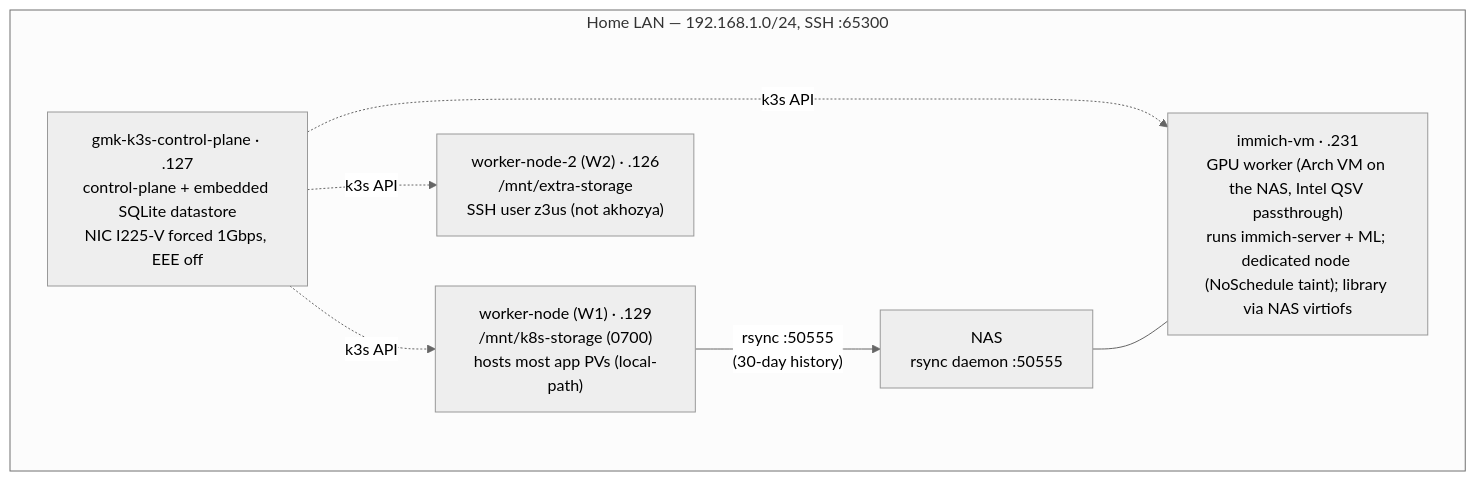
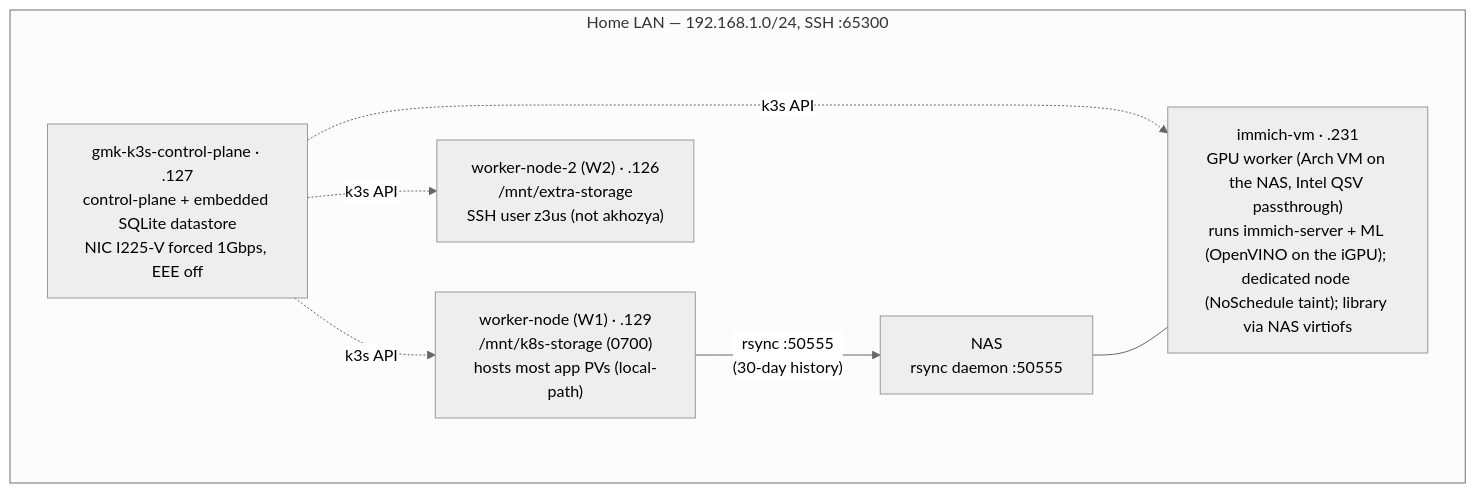
One commit to AKhozya/homelab changed the first of 4 diagrams in docs/ARCHITECTURE.md. Above: the diagram before and after it, drawn with Mermaid (neutral theme). The commit also changed 3 other files, not shown here.

Commit message:
docs: immich ML inference runs on the immich-vm iGPU via OpenVINO

````diff
--- a/docs/ARCHITECTURE.md
+++ b/docs/ARCHITECTURE.md
@@ -22,15 +22,15 @@
 ```mermaid
 flowchart TB
   subgraph LAN["Home LAN — 192.168.1.0/24, SSH :65300"]
     CP["gmk-k3s-control-plane · .127<br/>control-plane + embedded SQLite datastore<br/>NIC I225-V forced 1Gbps, EEE off"]
     W1["worker-node (W1) · .129<br/>/mnt/k8s-storage (0700)<br/>hosts most app PVs (local-path)"]
     W2["worker-node-2 (W2) · .126<br/>/mnt/extra-storage<br/>SSH user z3us (not akhozya)"]
     NAS["NAS<br/>rsync daemon :50555"]
-    VM["immich-vm · .231<br/>GPU worker (Arch VM on the NAS, Intel QSV passthrough)<br/>runs immich-server + ML; dedicated node (NoSchedule taint); library via NAS virtiofs"]
+    VM["immich-vm · .231<br/>GPU worker (Arch VM on the NAS, Intel QSV passthrough)<br/>runs immich-server + ML (OpenVINO on the iGPU); dedicated node (NoSchedule taint); library via NAS virtiofs"]
   end
   CP -. k3s API .-> W1
   CP -. k3s API .-> W2
   CP -. k3s API .-> VM
   NAS --- VM
   W1 -->|"rsync :50555<br/>(30-day history)"| NAS
 ```
````
